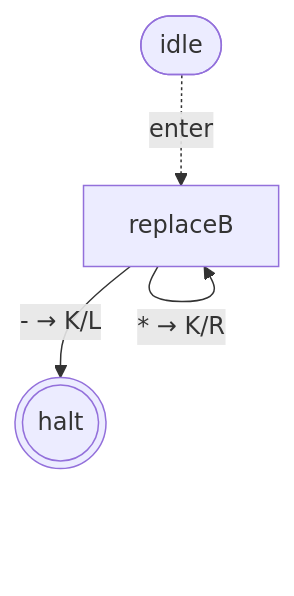
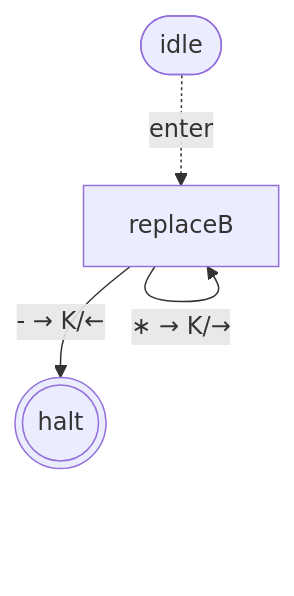
The second of 8 diagrams in packages/machine/README.md (mellonis/turing-machine-js), drawn with Mermaid before and after one commit. The commit also changed other lines of this file and 6 other files, not shown here.

````diff
--- a/packages/machine/README.md
+++ b/packages/machine/README.md
@@ -89,11 +89,11 @@
 ```mermaid
 flowchart TD
 %% alphabets: [[" ","a","b","c","*"]]
   s0(((halt)))
   s1["replaceB"]
   idle([idle])
   idle -. enter .-> s1
-  s1 -- "'b' → '*'/R" --> s1
-  s1 -- "- → K/L" --> s0
-  s1 -- "* → K/R" --> s1
+  s1 -- "'b' → '*'/→" --> s1
+  s1 -- "- → K/←" --> s0
+  s1 -- "∗ → K/→" --> s1
 ```
````
